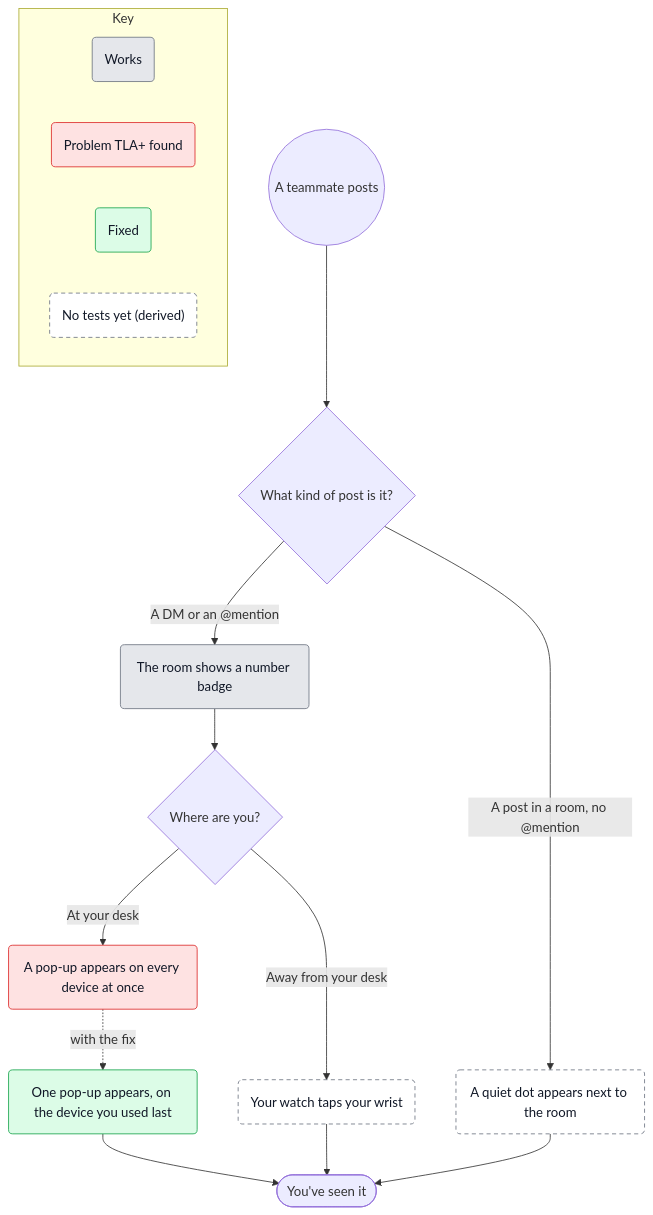
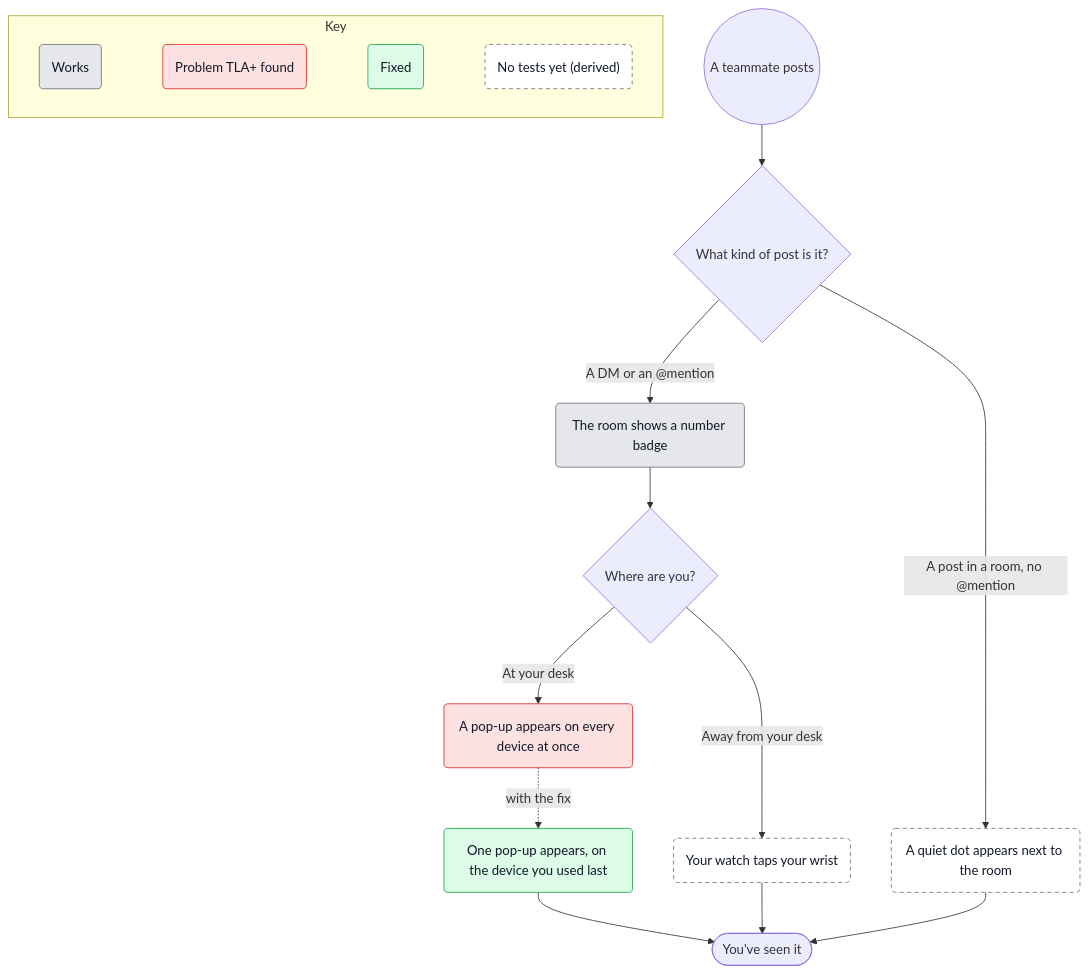
Before and after one commit to fayedintoyou/context-kit: the diagram in test/e2e/fixtures/maps/pigeon-status/maps/alerts.md, drawn with Mermaid. The commit also changed 7 other files, not shown here.

````diff
--- a/test/e2e/fixtures/maps/pigeon-status/maps/alerts.md
+++ b/test/e2e/fixtures/maps/pigeon-status/maps/alerts.md
@@ -64,36 +64,38 @@
 ```mermaid
 flowchart TD
   n_posted(("A teammate posts"))
   n_what_kind{"What kind of post is it?"}
   n_dot("A quiet dot appears next to the room")
   n_badge("The room shows a number badge")
   n_where{"Where are you?"}
   n_two_popups("A pop-up appears on every device at once")
   n_one_popup("One pop-up appears, on the device you used last")
   n_watch("Your watch taps your wrist")
   n_seen(["You've seen it"])
   n_posted --> n_what_kind
   n_what_kind -->|"A post in a room, no @mention"| n_dot
   n_what_kind -->|"A DM or an @mention"| n_badge
   n_badge --> n_where
   n_where -->|"At your desk"| n_two_popups
   n_where -->|"Away from your desk"| n_watch
   n_one_popup --> n_seen
   n_watch --> n_seen
   n_dot --> n_seen
   n_two_popups -. "with the fix" .-> n_one_popup
   classDef st_works fill:#e5e7eb,stroke:#6b7280,color:#111827
   class n_badge st_works
   classDef st_issue fill:#fee2e2,stroke:#dc2626,color:#111827
   class n_two_popups st_issue
   classDef st_fixed fill:#dcfce7,stroke:#16a34a,color:#111827
   class n_one_popup st_fixed
   classDef st_untested fill:#ffffff,stroke:#6b7280,stroke-dasharray:5 4,color:#111827
   class n_dot,n_watch st_untested
   subgraph status_key["Key"]
+    direction LR
     key_works("Works"):::st_works
     key_issue("Problem TLA+ found"):::st_issue
     key_fixed("Fixed"):::st_fixed
     key_untested("No tests yet (derived)"):::st_untested
+    key_works ~~~ key_issue ~~~ key_fixed ~~~ key_untested
   end
 ```
````
